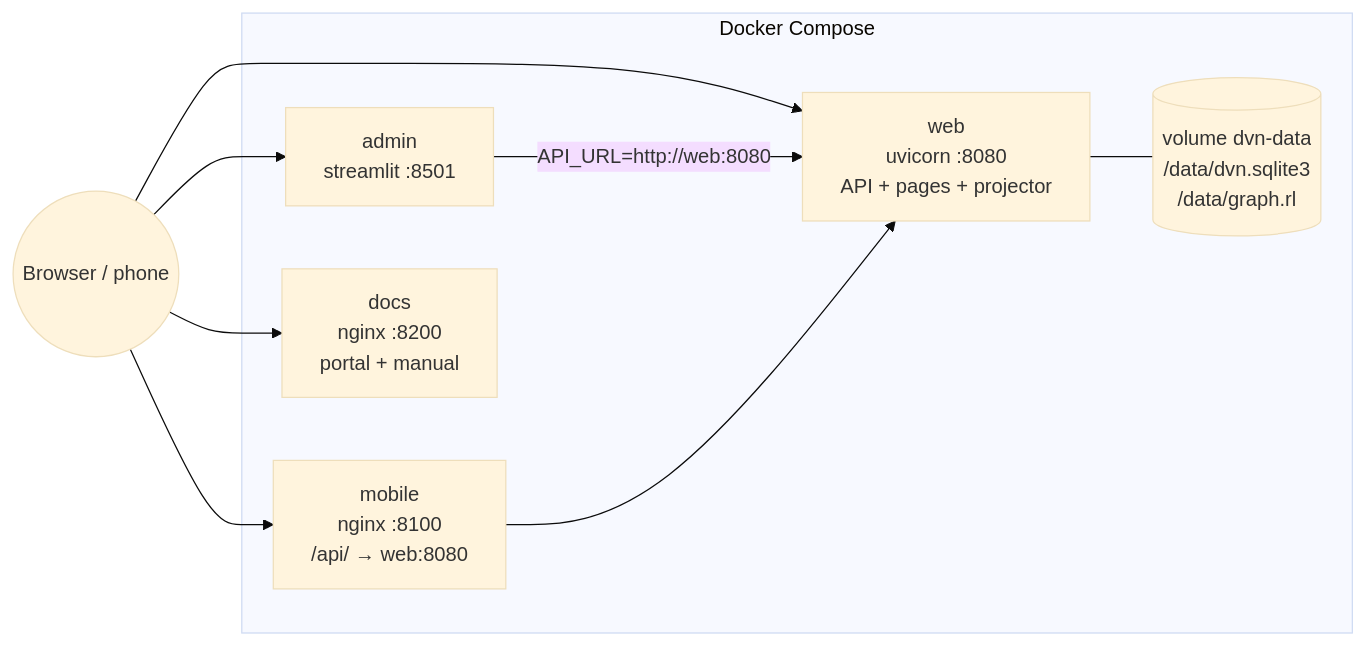
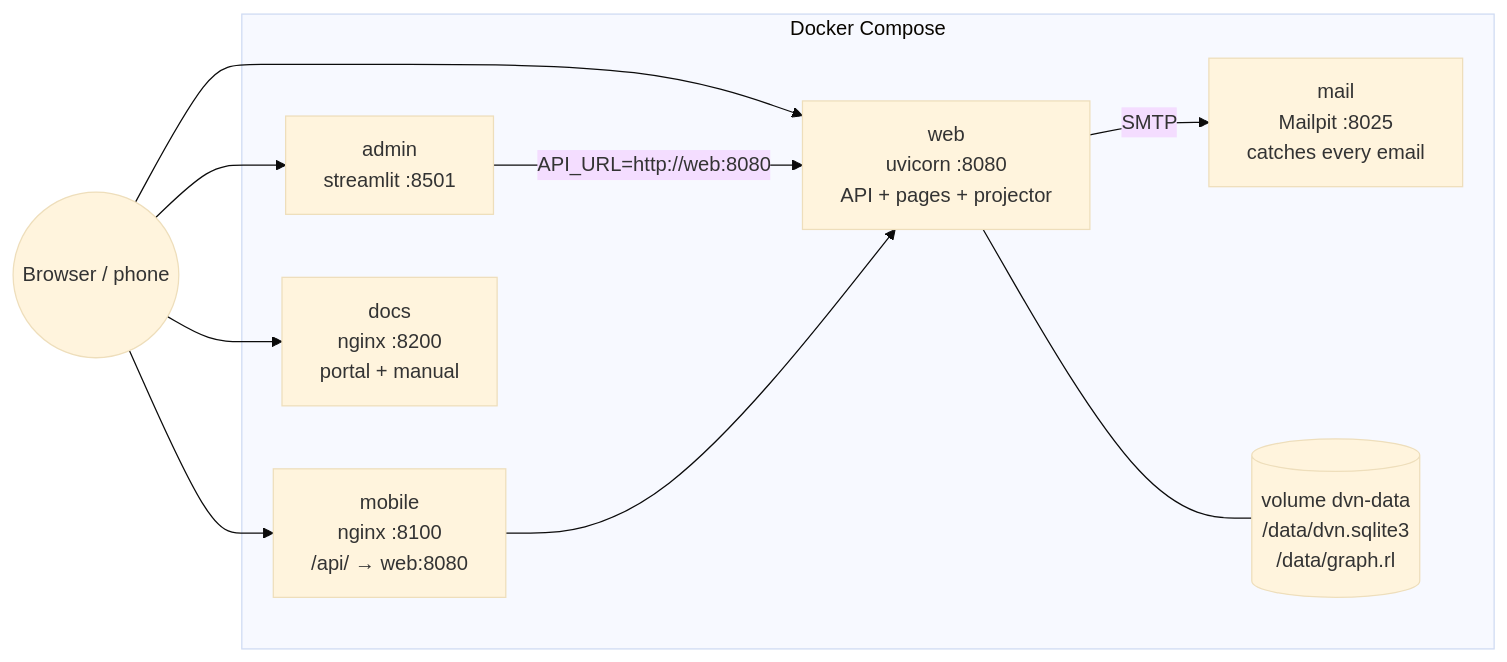
Diagram 13 of 13 in docs/content/project/solution-architecture.md (TheCyberScallywag/hackEntry), drawn with Mermaid (base theme) before and after one commit. The commit also changed other lines of this file and 48 other files, not shown here.

````diff
--- a/docs/content/project/solution-architecture.md
+++ b/docs/content/project/solution-architecture.md
@@ -802,14 +914,16 @@
 ```mermaid
 flowchart LR
   subgraph Host["Docker Compose"]
     web["web<br/>uvicorn :8080<br/>API + pages + projector"]
     admin["admin<br/>streamlit :8501"]
     mobile["mobile<br/>nginx :8100<br/>/api/ → web:8080"]
     docs["docs<br/>nginx :8200<br/>portal + manual"]
+    mail["mail<br/>Mailpit :8025<br/>catches every email"]
     vol[("volume dvn-data<br/>/data/dvn.sqlite3<br/>/data/graph.rl")]
   end
   user((Browser / phone)) --> web & admin & mobile & docs
   admin -- "API_URL=http://web:8080" --> web
   mobile --> web
+  web -- "SMTP" --> mail
   web --- vol
 ```
````
